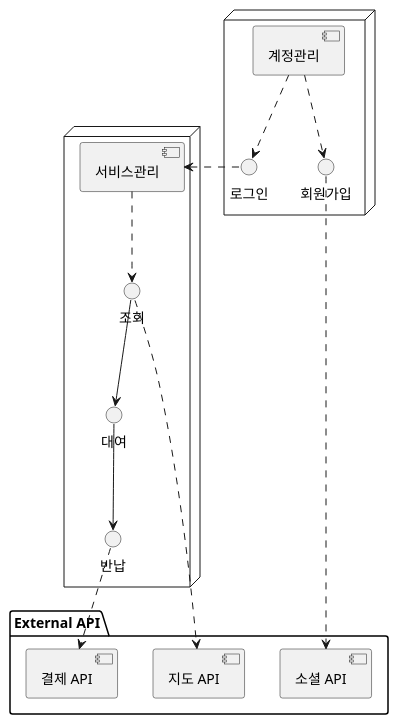
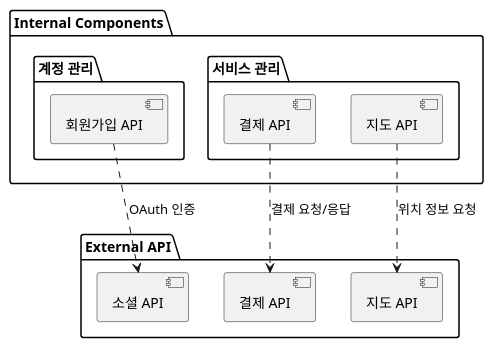
The diagram in docs/component-diagram.puml (f-lab-edu/wheel-go), drawn with PlantUML before and after one commit.

Commit message:
컴포넌트 다이어그램 수정

```diff
--- a/docs/component-diagram.puml
+++ b/docs/component-diagram.puml
@@ -1,26 +1,25 @@
 @startuml
 
-package "External API"{
+package "External API" {
    component "소셜 API" as SocialAPI
    component "결제 API" as PaymentAPI
    component "지도 API" as MapAPI
 }
 
-node {
-component "계정관리" as AccountManagement
-AccountManagement ..> 회원가입
-AccountManagement ..> 로그인
-회원가입 ..> SocialAPI
+package "Internal Components" {
+   package "계정 관리" as AccountManagement {
+      component "회원가입 API" as RegisterAPI
+   }
+
+   package "서비스 관리" as ServiceManagement {
+      component "결제 API" as PaymentIntegration
+      component "지도 API" as MapIntegration
+   }
 }
 
-node {
-component "서비스관리" as ServiceManagement
-ServiceManagement <. 로그인
-ServiceManagement ..> 조회
-조회 --> 대여
-대여 --> 반납
-조회 ..> MapAPI
-반납 ..> PaymentAPI
-}
+RegisterAPI ..> SocialAPI : OAuth 인증
+
+PaymentIntegration ..> PaymentAPI : 결제 요청/응답
+MapIntegration ..> MapAPI : 위치 정보 요청
 
 @enduml
```
